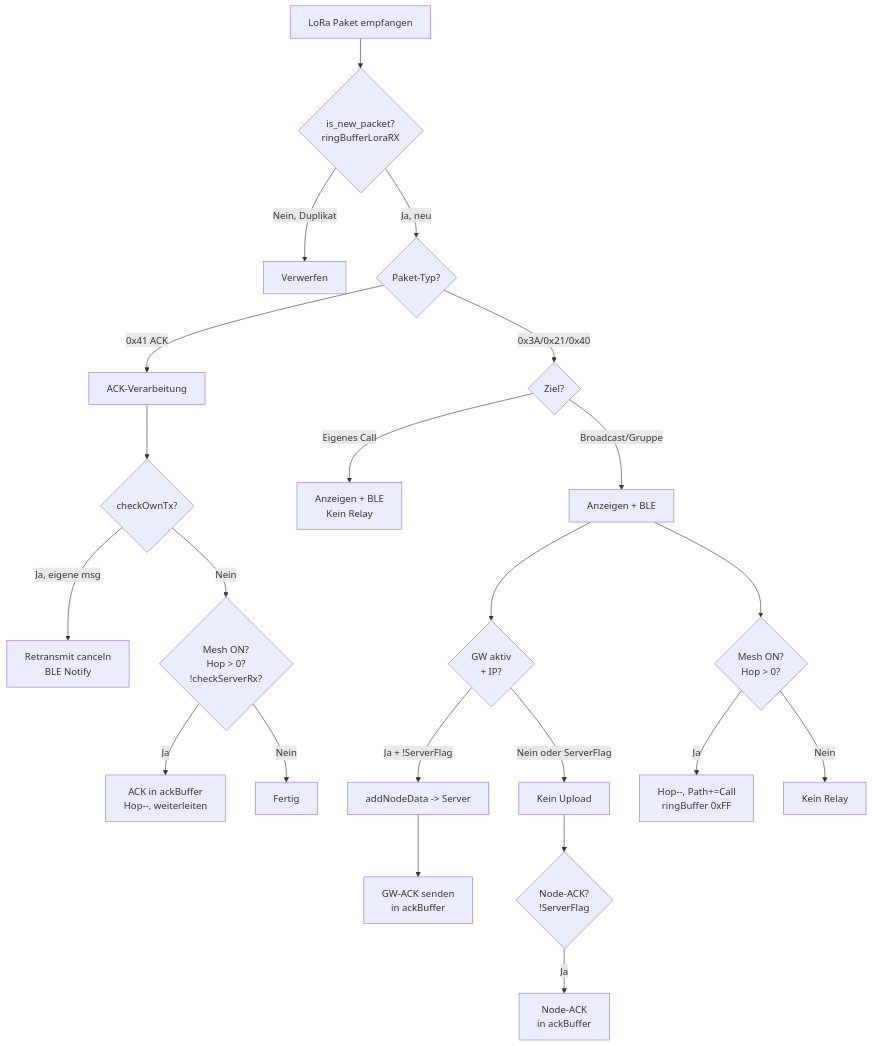
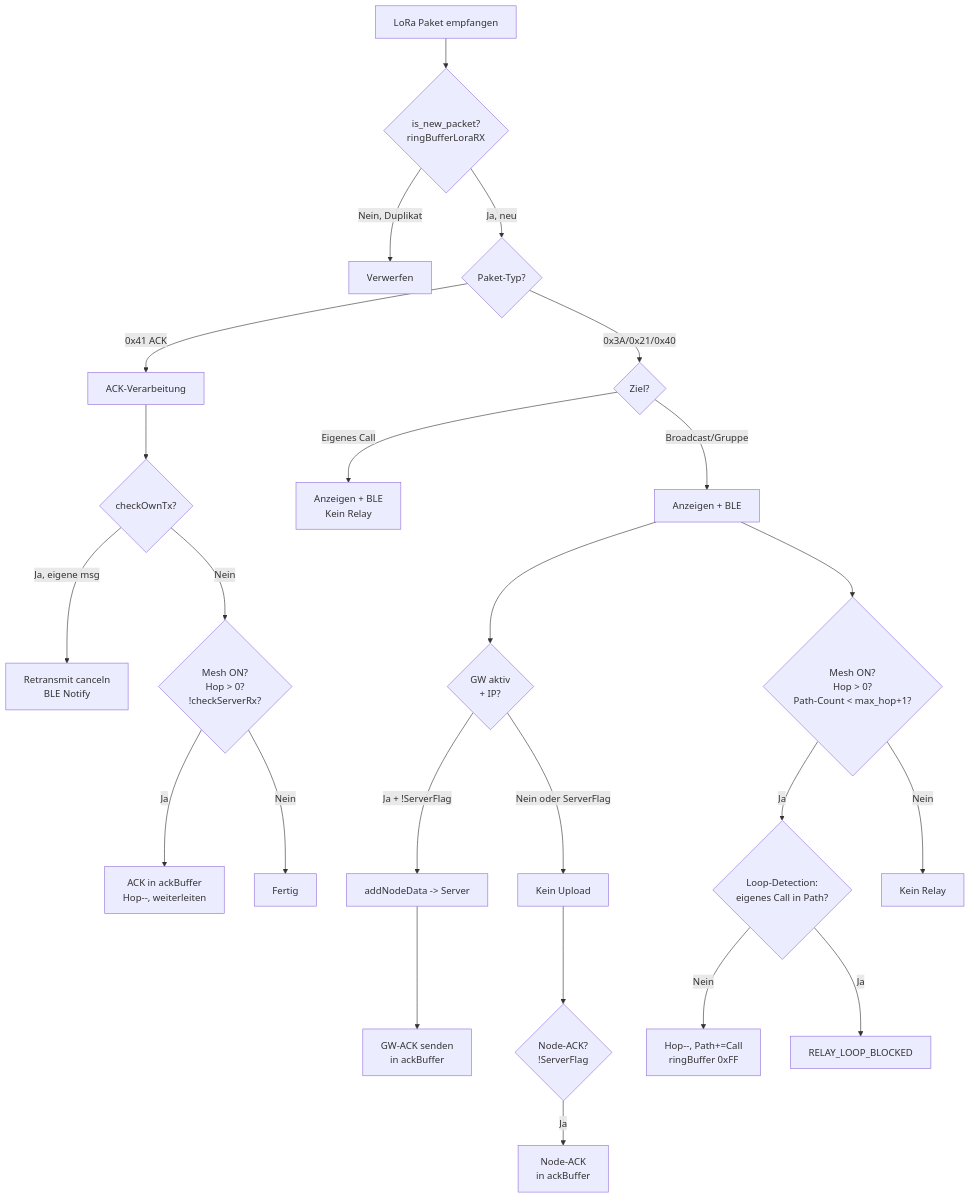
Before and after one commit to DK5EN/MeshCom-Firmware: the fourth of 7 diagrams in docs/message-design-analysis.md, drawn with Mermaid. The commit also changed other lines of this file and 1 other file, not shown here.

````diff
--- a/docs/message-design-analysis.md
+++ b/docs/message-design-analysis.md
@@ -237,30 +242,32 @@
 ```mermaid
 flowchart TD
     RX[LoRa Paket empfangen] --> NEW{is_new_packet?<br/>ringBufferLoraRX}
     NEW -->|Nein, Duplikat| DROP[Verwerfen]
     NEW -->|Ja, neu| TYPE{Paket-Typ?}
 
     TYPE -->|0x41 ACK| ACK_PATH[ACK-Verarbeitung]
     ACK_PATH --> OWN_ACK{checkOwnTx?}
     OWN_ACK -->|Ja, eigene msg| CANCEL[Retransmit canceln<br/>BLE Notify]
     OWN_ACK -->|Nein| FWD_ACK{Mesh ON?<br/>Hop > 0?<br/>!checkServerRx?}
     FWD_ACK -->|Ja| RELAY_ACK[ACK in ackBuffer<br/>Hop--, weiterleiten]
     FWD_ACK -->|Nein| ACK_DONE[Fertig]
 
     TYPE -->|0x3A/0x21/0x40| DEST{Ziel?}
 
     DEST -->|Eigenes Call| SELF[Anzeigen + BLE<br/>Kein Relay]
 
     DEST -->|Broadcast/Gruppe| SHOW[Anzeigen + BLE]
     SHOW --> GW_CHECK{GW aktiv<br/>+ IP?}
     GW_CHECK -->|Ja + !ServerFlag| UPLOAD[addNodeData -> Server]
     GW_CHECK -->|Nein oder ServerFlag| NO_UP[Kein Upload]
 
     UPLOAD --> SEND_ACK_GW[GW-ACK senden<br/>in ackBuffer]
     NO_UP --> SEND_ACK_NODE{Node-ACK?<br/>!ServerFlag}
     SEND_ACK_NODE -->|Ja| NODE_ACK[Node-ACK<br/>in ackBuffer]
 
-    SHOW --> MESH{Mesh ON?<br/>Hop > 0?}
-    MESH -->|Ja| RELAY[Hop--, Path+=Call<br/>ringBuffer 0xFF]
+    SHOW --> MESH{Mesh ON?<br/>Hop > 0?<br/>Path-Count < max_hop+1?}
+    MESH -->|Ja| LOOP{Loop-Detection:<br/>eigenes Call in Path?}
+    LOOP -->|Nein| RELAY[Hop--, Path+=Call<br/>ringBuffer 0xFF]
+    LOOP -->|Ja| BLOCK[RELAY_LOOP_BLOCKED]
     MESH -->|Nein| NO_RELAY[Kein Relay]
 ```
````
